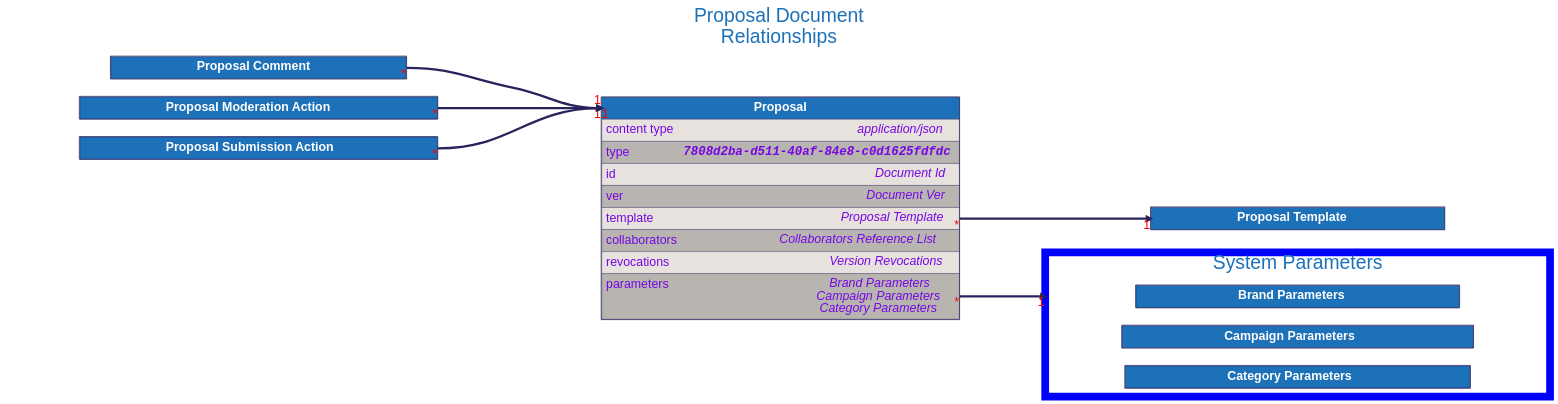
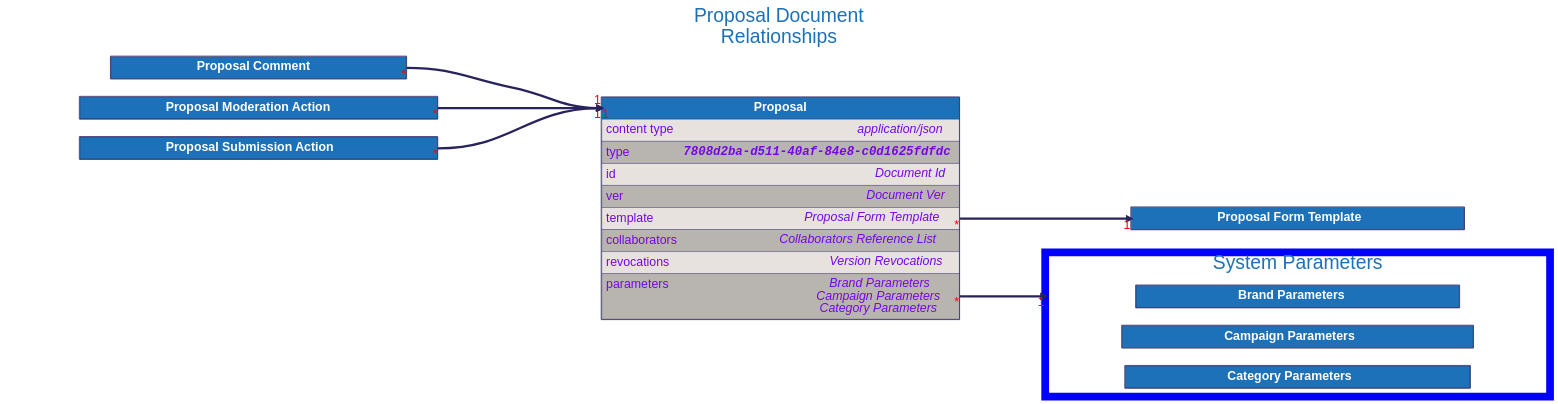
The diagram in docs/src/architecture/08_concepts/signed_doc/diagrams/proposal.dot (input-output-hk/catalyst-libs), drawn with Graphviz before and after one commit. The commit also changed 40 other files, not shown here.

```diff
--- a/docs/src/architecture/08_concepts/signed_doc/diagrams/proposal.dot
+++ b/docs/src/architecture/08_concepts/signed_doc/diagrams/proposal.dot
@@ -13,13 +13,13 @@
 
 
 
-    "Proposal Template" [
-        id="Proposal Template";
+    "Proposal Form Template" [
+        id="Proposal Form Template";
         label=<
             <TABLE BORDER="2" COLOR="#29235c" CELLBORDER="1" CELLSPACING="0" CELLPADDING="10">
             <TR>
-                <TD PORT="title" BGCOLOR="#1d71b8" HREF="../proposal_template/">
-                    <FONT COLOR="#ffffff"><B> Proposal Template </B></FONT>
+                <TD PORT="title" BGCOLOR="#1d71b8" HREF="../proposal_form_template/">
+                    <FONT COLOR="#ffffff"><B> Proposal Form Template </B></FONT>
                 </TD>
             </TR>
 
@@ -82,7 +82,7 @@
                     <TABLE CELLPADDING="0" CELLSPACING="0" BORDER="0">
                         <TR>
                             <TD ALIGN="LEFT" VALIGN="TOP" WIDTH="200"><FONT COLOR="#7706E5">template</FONT></TD>
-                            <TD ALIGN="RIGHT"><FONT COLOR="#7706E5"><I>Proposal Template</I></FONT></TD>
+                            <TD ALIGN="RIGHT"><FONT COLOR="#7706E5"><I>Proposal Form Template</I></FONT></TD>
                         </TR>
                     </TABLE>
                 </TD>
@@ -219,7 +219,7 @@
 
     }
 
-    "Proposal":"template":e -> "Proposal Template":"title":w [dir=forward, penwidth=6, color="#29235c", headlabel="1", taillabel="*"]
+    "Proposal":"template":e -> "Proposal Form Template":"title":w [dir=forward, penwidth=6, color="#29235c", headlabel="1", taillabel="*"]
     "Proposal":"parameters":e -> "Brand Parameters" [dir=forward, penwidth=6, color="#29235c", headlabel="1", taillabel="*", lhead="cluster_system_parameters"]
     "Proposal Comment":"title":e -> "Proposal":"title":w [dir=forward, penwidth=6, color="#29235c", headlabel="1", taillabel="*"]
     "Proposal Moderation Action":"title":e -> "Proposal":"title":w [dir=forward, penwidth=6, color="#29235c", headlabel="1", taillabel="*"]
```
